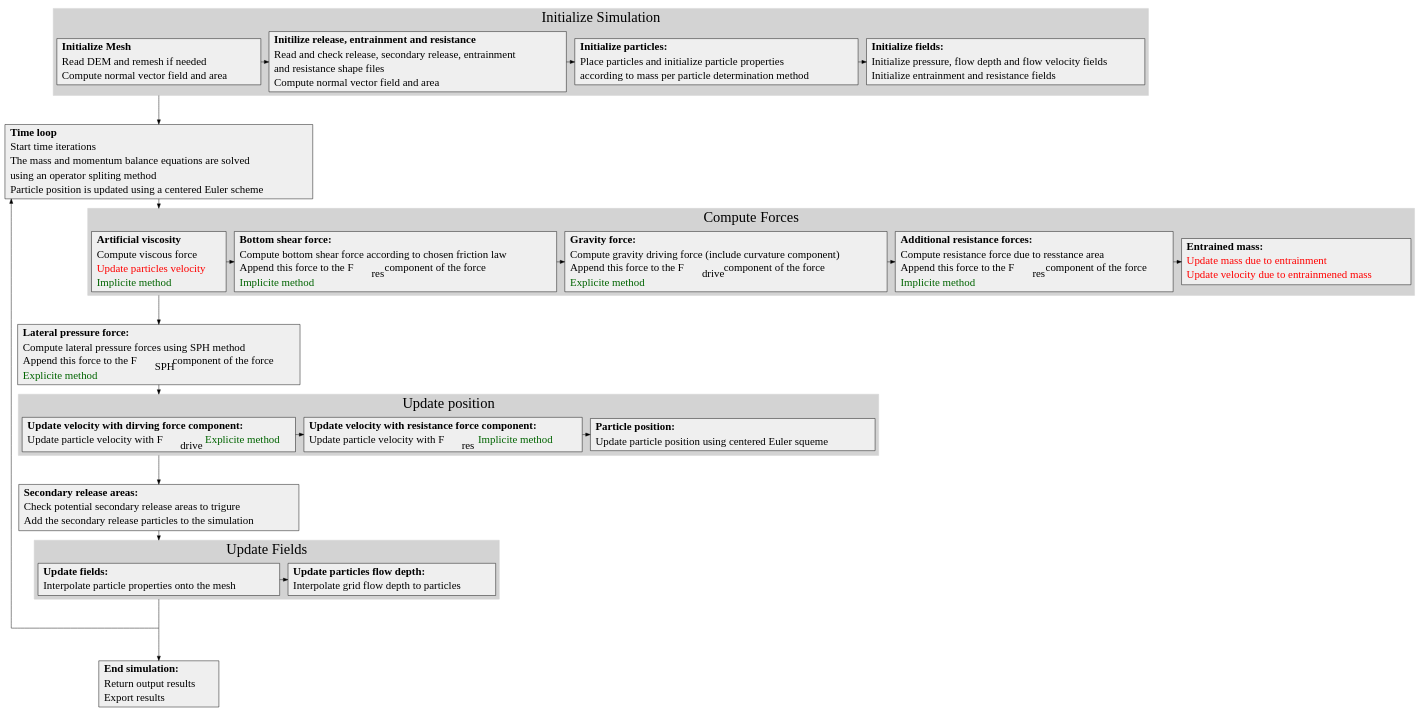
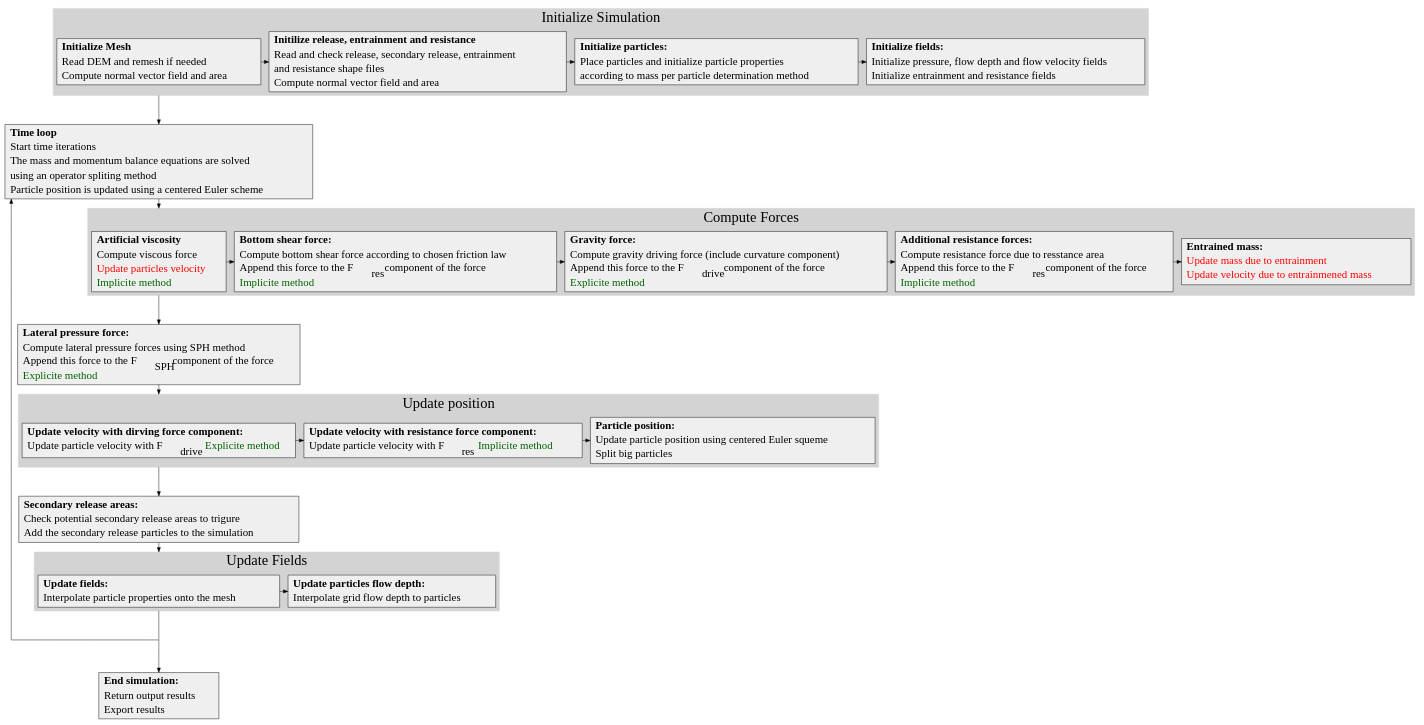
One commit to avaframe/AvaFrame changed the diagram in docs/com1DFAAlgorithmGraph.dot. Above: the diagram before and after it, drawn with Graphviz. The commit also changed 3 other files, not shown here.

```diff
--- a/docs/com1DFAAlgorithmGraph.dot
+++ b/docs/com1DFAAlgorithmGraph.dot
@@ -1,199 +1,200 @@
 
 digraph "com1DFA algorithm graph" {
   /* compound=true; */
   newrank=true;
   size="100,100";
   rankdir="TB";
   graph [compound=true, ranksep=1, splines=ortho, fontname="Verdana", fontsize="32"];
   node [shape=box, style=filled, fontsize=24 fontname="Verdana" fillcolor="#efefef"];
   edge [fontname="Sans", fontsize="18"];
 
   prepareMesh [label=<
    <table border="0" cellborder="0" cellspacing="1">
      <tr><td align="left"><b>Initialize Mesh</b></td></tr>
      <tr><td align="left">Read DEM and remesh if needed</td></tr>
      <tr><td align="left" >Compute normal vector field and area</td></tr>
     </table>>, href="../com1DFAAlgorithm.html#initialize-mesh" tooltip="Go to: initialize mesh" target="_blank"];
 
   prepareAreas [label=<
    <table border="0" cellborder="0" cellspacing="1">
      <tr><td align="left"><b>Initilize release, entrainment and resistance</b></td></tr>
      <tr><td align="left">Read and check release, secondary release, entrainment</td></tr>
      <tr><td align="left">and resistance shape files</td></tr>
      <tr><td align="left" >Compute normal vector field and area</td></tr>
     </table>>, href="../com1DFAAlgorithm.html#initialize-release-entrainment-and-resistance" tooltip="Go to: release... initialization" target="_blank"];
 
   initializeParticles [label=<
     <table border="0" cellborder="0" cellspacing="1">
      <tr><td align="left"><b>Initialize particles:</b></td></tr>
      <tr><td align="left">Place particles and initialize particle properties</td></tr>
      <tr><td align="left">according to mass per particle determination method</td></tr>
     </table>>, href="../com1DFAAlgorithm.html#initialize-particles" tooltip="Go to: particle initialization" target="_blank"];
 
   initializeFields [label=<
     <table border="0" cellborder="0" cellspacing="1">
      <tr><td align="left"><b>Initialize fields:</b></td></tr>
      <tr><td align="left">Initialize pressure, flow depth and flow velocity fields</td></tr>
      <tr><td align="left">Initialize entrainment and resistance fields</td></tr>
     </table>>, href="../com1DFAAlgorithm.html#initialize-fields" tooltip="Go to: Initialize fields" target="_blank"];
 
   timeLoop [label=<
     <table border="0" cellborder="0" cellspacing="1">
      <tr><td align="left"><b>Time loop</b></td></tr>
      <tr><td align="left">Start time iterations</td></tr>
      <tr><td align="left">The mass and momentum balance equations are solved</td></tr>
      <tr><td align="left">using an operator spliting method</td></tr>
      <tr><td align="left">Particle position is updated using a centered Euler scheme</td></tr>
     </table>>, href="../com1DFAAlgorithm.html#time-scheme-and-iterations" tooltip="Go to: Time scheme" target="_blank"];
 
   endTimeLoop [width=0 shape=point label=""];
 
 
   artifViscosity [label=<
      <table border="0" cellborder="0" cellspacing="1">
        <tr><td align="left"><b>Artificial viscosity</b></td></tr>
        <tr><td align="left">Compute viscous force</td></tr>
        <tr><td align="left"><font color="red">Update particles velocity</font></td></tr>
        <tr><td align="left"><font color="darkgreen">Implicite method</font></td></tr>
      </table>>, href="../com1DFAAlgorithm.html#artificial-viscosity" tooltip="Go to: Artificial viscosity" target="_blank"];
 
   computeFrictForce [label=<
      <table border="0" cellborder="0" cellspacing="1">
         <tr><td align="left" href="../theoryCom1DFA.html#compute-friction-forces"><b>Bottom shear force:</b></td></tr>
         <tr><td align="left" href="../theoryCom1DFA.html#bottom-shear-force" title="Go to: Friction model" target="_blank">Compute bottom shear force according to chosen friction law</td></tr>
         <tr><td align="left" >Append this force to the F<SUB>res</SUB> component of the force</td></tr>
         <tr><td align="left"><font color="darkgreen">Implicite method</font></td></tr>
       </table>>];
 
   computeGravityForce [label=<
     <table border="0" cellborder="0" cellspacing="1">
        <tr><td align="left"><b>Gravity force:</b></td></tr>
        <tr><td align="left">Compute gravity driving force (include curvature component)</td></tr>
        <tr><td align="left" >Append this force to the F<SUB>drive</SUB> component of the force</td></tr>
        <tr><td align="left"><font color="darkgreen">Explicite method</font></td></tr>
      </table>>, href="../com1DFAAlgorithm.html#compute-body-driving-force" tooltip="Go to: Gravity force" target="_blank"];
 
   computeResForce [label=<
       <table border="0" cellborder="0" cellspacing="1">
        <tr><td align="left"><b>Additional resistance forces:</b></td></tr>
        <tr><td align="left" href="../com1DFAAlgorithm.html#added-resistance-force" title="Go to: Resistance force" target="_blank">Compute resistance force due to resstance area</td></tr>
        <tr><td align="left" >Append this force to the F<SUB>res</SUB> component of the force</td></tr>
        <tr><td align="left"><font color="darkgreen">Implicite method</font></td></tr>
      </table>>];
   updateMassEntr [label=<
       <table border="0" cellborder="0" cellspacing="1">
        <tr><td align="left"><b>Entrained mass:</b></td></tr>
        <tr><td align="left" href="../theoryCom1DFA.html#entrainment" target="_blank"><font color="red">Update mass due to entrainment</font></td></tr>
        <tr><td align="left" ><font color="red">Update velocity due to entrainmened mass</font></td></tr>
     </table>>, href="../com1DFAAlgorithm.html#take-entrainment-into-account" tooltip="Go to: Add entrained mass" target="_blank"];
 
   computeSPHForce [label=<
       <table border="0" cellborder="0" cellspacing="1">
        <tr><td align="left"><b>Lateral pressure force:</b></td></tr>
        <tr><td align="left" href="../DFAnumerics.html#sph-gradient" title="Go to: Add lateral pressure force" target="_blank">Compute lateral pressure forces using SPH method</td></tr>
        <tr><td align="left" >Append this force to the F<SUB>SPH</SUB> component of the force</td></tr>
        <tr><td align="left"><font color="darkgreen">Explicite method</font></td></tr>
      </table>>];
 
   updateVelocityDrive [label=<
     <table border="0" cellborder="0" cellspacing="1">
        <tr><td align="left"><b>Update velocity with dirving force component:</b></td></tr>
        <tr><td align="left" >Update particle velocity with F<SUB>drive</SUB> <font color="darkgreen">Explicite method</font></td></tr>
        <tr><td align="left"></td></tr>
     </table>>, href="../com1DFAAlgorithm.html#update-position" tooltip="Go to: Update Position" target="_blank"];
 
   updateVelocityFrict [label=<
     <table border="0" cellborder="0" cellspacing="1">
        <tr><td align="left"><b>Update velocity with resistance force component:</b></td></tr>
        <tr><td align="left" >Update particle velocity with F<SUB>res</SUB> <font color="darkgreen">Implicite method</font></td></tr>
        <tr><td align="left"></td></tr>
     </table>>, href="../com1DFAAlgorithm.html#update-position" tooltip="Go to: Update Position" target="_blank"];
 
   updatePartPos [label=<
       <table border="0" cellborder="0" cellspacing="1">
        <tr><td align="left"><b>Particle position:</b></td></tr>
        <tr><td align="left">Update particle position using centered Euler squeme</td></tr>
+       <tr><td align="left">Split big particles</td></tr>
      </table>>, href="../com1DFAAlgorithm.html#update-position" tooltip="Go to: Update Position" target="_blank"];
 
   addSecRelease [label=<
       <table border="0" cellborder="0" cellspacing="1">
        <tr><td align="left"><b>Secondary release areas:</b></td></tr>
        <tr><td align="left" >Check potential secondary release areas to trigure</td></tr>
        <tr><td align="left" >Add the secondary release particles to the simulation</td></tr>
      </table>>, href="../com1DFAAlgorithm.html#add-secondary-release-area" tooltip="Go to: Secondary release" target="_blank"];
 
   updateFields [label=<
     <table border="0" cellborder="0" cellspacing="1">
        <tr><td align="left"><b>Update fields:</b></td></tr>
        <tr><td align="left" >Interpolate particle properties onto the mesh</td></tr>
     </table>>, href="../com1DFAAlgorithm.html#update-fields" tooltip="Go to: Update fields" target="_blank"];
 
   updateParticlesFlowDepth [label=<
     <table border="0" cellborder="0" cellspacing="1">
        <tr><td align="left"><b>Update particles flow depth:</b></td></tr>
        <tr><td align="left" >Interpolate grid flow depth to particles</td></tr>
     </table>>, href="../com1DFAAlgorithm.html#update-fields" tooltip="Go to: Update fields" target="_blank"];
 
   endSimulation [label=<
     <table border="0" cellborder="0" cellspacing="1">
        <tr><td align="left"><b>End simulation:</b></td></tr>
        <tr><td align="left" >Return output results</td></tr>
        <tr><td align="left" >Export results</td></tr>
     </table>>, href="../com1DFAAlgorithm.html#simulation-outputs" tooltip="Go to: Simulation outputs" target="_blank"];
 
 
   /* start -> prepareMesh [lhead=cluster_initialization]; */
   prepareMesh -> timeLoop [weight=10,ltail=cluster_initialization];
   timeLoop -> artifViscosity [weight=10,lhead=cluster_Forces];
   artifViscosity -> computeSPHForce [weight=10, ltail=cluster_Forces];
   computeSPHForce -> updateVelocityDrive [weight=10,lhead=cluster_2];
   updateVelocityDrive -> addSecRelease [weight=10,ltail=cluster_2];
   addSecRelease -> updateFields [weight=10,lhead=cluster_3];
   updateFields -> endTimeLoop [weight=10,ltail=cluster_3, arrowhead=none];
   endTimeLoop -> endSimulation [weight=10];
   endTimeLoop -> timeLoop [weight=1, constraint=false];
   /* computeFrictForce -> updateVelocityFrict[constraint=false];
   computeResForce -> updateVelocityFrict [constraint=false];
   computeSPHForce -> updateVelocityDrive [constraint=false];#, xlabel="add lateral pressure force \n component to the driving force"];
   computeGravityForce -> updateVelocityDrive [constraint=false]#, xlabel="add gravity force \n component to the driving force"]; */
 
 
   subgraph cluster_initialization {
     rank=same;
     style=filled;
     color=lightgrey;
     prepareMesh -> prepareAreas
     prepareAreas -> initializeParticles;
     initializeParticles -> initializeFields;
     label = "Initialize Simulation";
   }
 
   subgraph cluster_Forces {
     rank=same;
     style=filled;
     color=lightgrey;
     artifViscosity -> computeFrictForce;
     computeFrictForce -> computeGravityForce;
     computeGravityForce -> computeResForce;
     computeResForce -> updateMassEntr;
     label = "Compute Forces";
   }
 
   subgraph cluster_2 {
     rank=same;
     updateVelocityDrive -> updateVelocityFrict [weight=10];
     updateVelocityFrict -> updatePartPos [weight=10];
     href="../com1DFAAlgorithm.html#update-position" tooltip="Go to: Update Position" target="_blank"
     label = "Update position";
     style=filled;
     color=lightgrey;
   }
   subgraph cluster_3 {
     rank=same;
     updateFields -> updateParticlesFlowDepth [weight=10];
     label = "Update Fields";
     style=filled;
     color=lightgrey;
   }
 
    }
```
